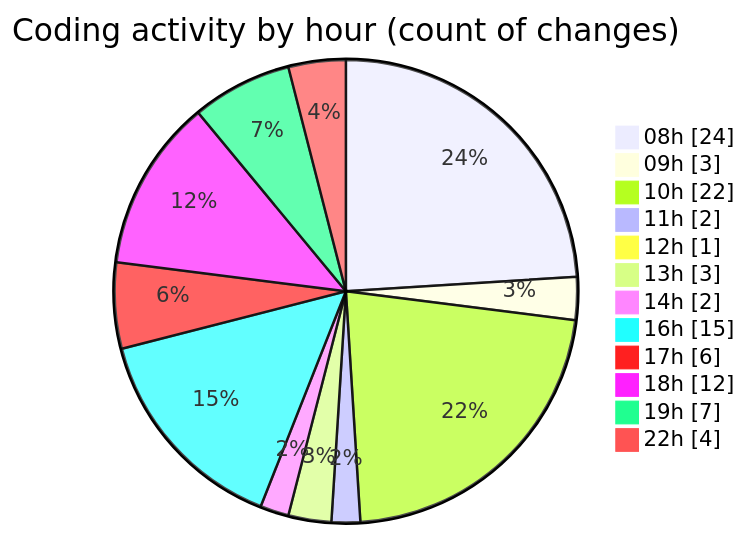
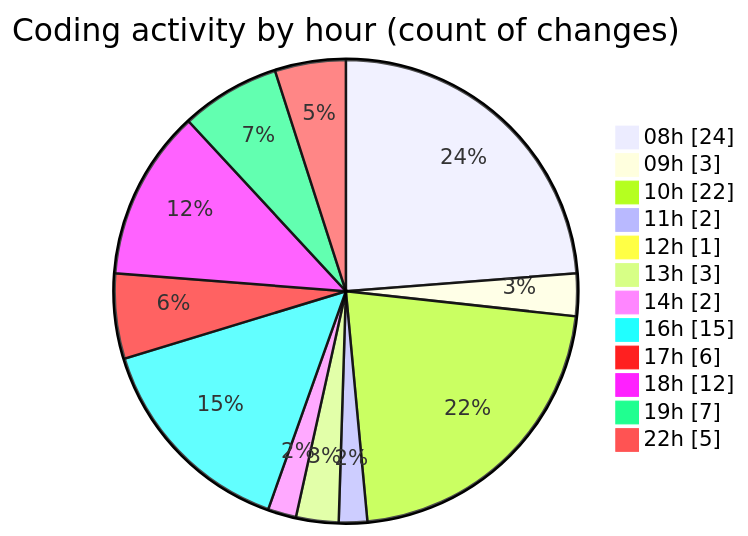
One commit to julien-gomy/code-tracking changed the second of 2 diagrams in 2025-11-07/eventscop-frontend-guide__workspace_/README.md. Above: the diagram before and after it, drawn with Mermaid. The commit also changed other lines of this file and 1 other file, not shown here.

````diff
--- a/2025-11-07/eventscop-frontend-guide__workspace_/README.md
+++ b/2025-11-07/eventscop-frontend-guide__workspace_/README.md
@@ -64,16 +65,16 @@
 ```mermaid
 pie showData
 title Coding activity by hour (count of changes)
 "08h" : 24
 "09h" : 3
 "10h" : 22
 "11h" : 2
 "12h" : 1
 "13h" : 3
 "14h" : 2
 "16h" : 15
 "17h" : 6
 "18h" : 12
 "19h" : 7
-"22h" : 4
+"22h" : 5
 ```
````
